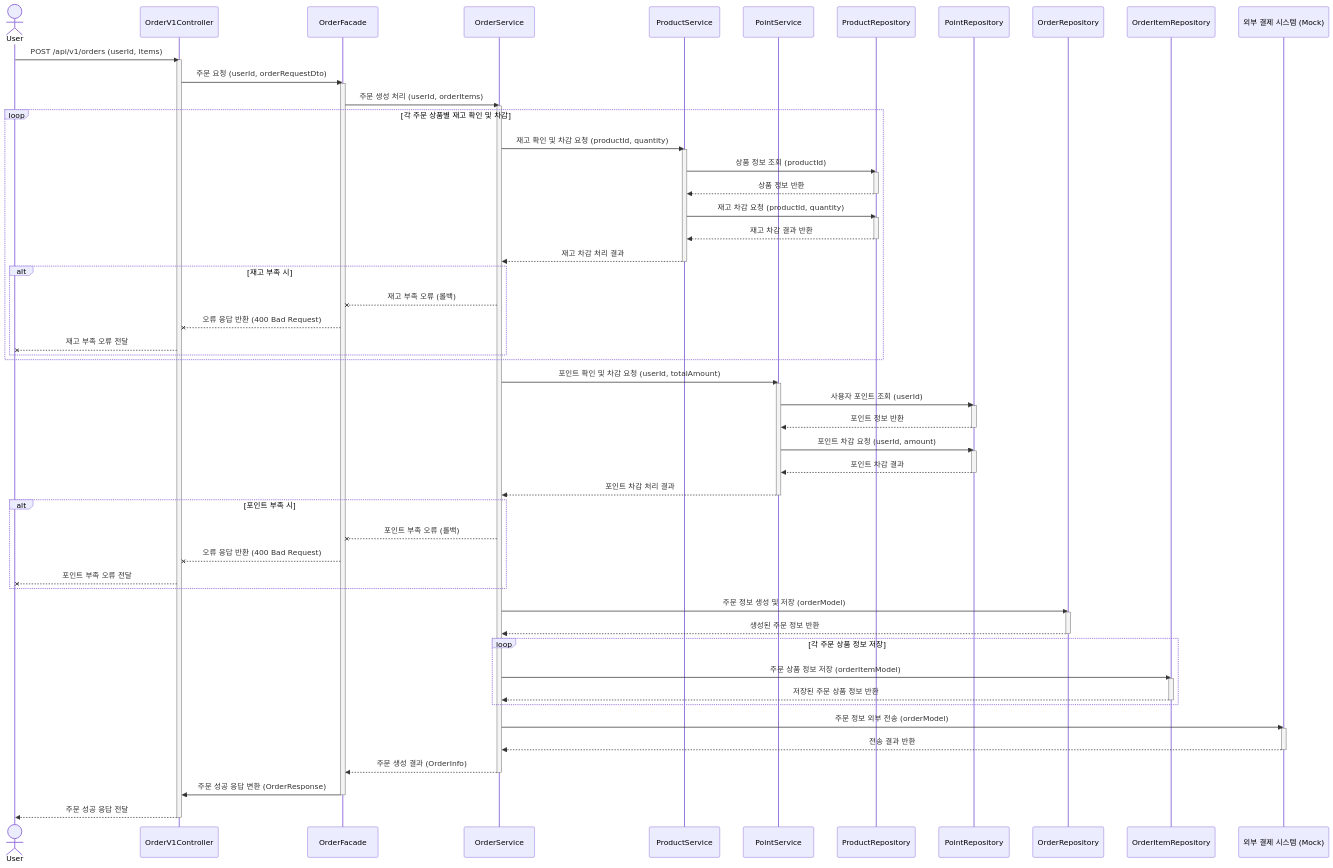
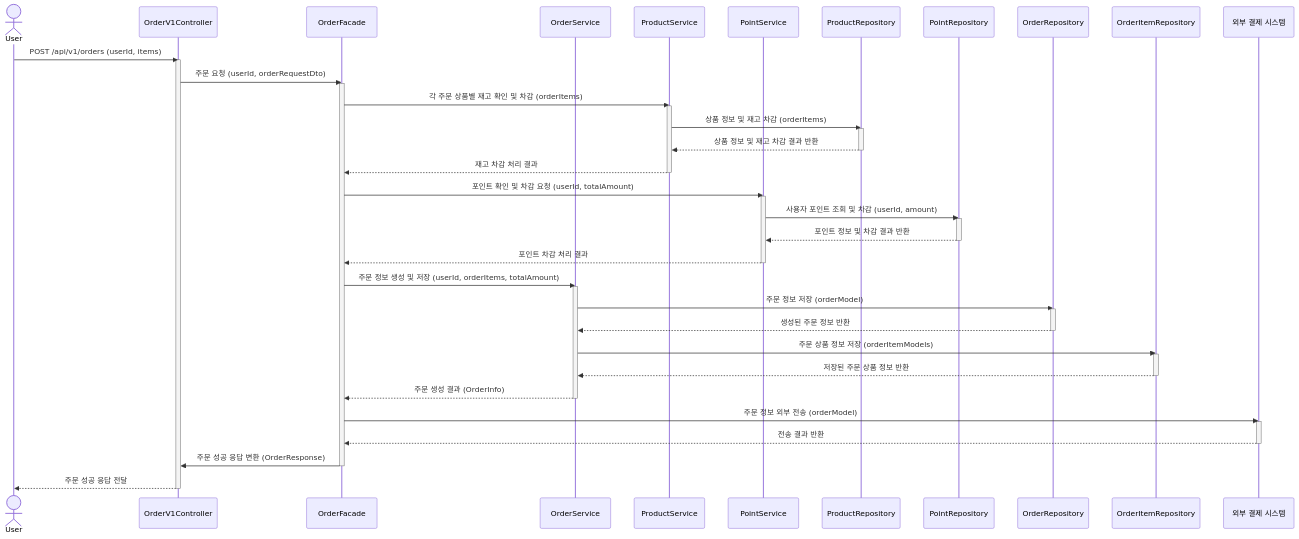
The third of 3 diagrams in docs/design/02-sequence-diagrams.md (maiorem/e-commerce), drawn with Mermaid before and after one commit. The commit also changed other lines of this file, not shown here.

````diff
--- a/docs/design/02-sequence-diagrams.md
+++ b/docs/design/02-sequence-diagrams.md
@@ -131,82 +128,55 @@
 ```mermaid
 sequenceDiagram
     actor User
     participant OrderV1Controller
     participant OrderFacade
     participant OrderService
     participant ProductService
     participant PointService
     participant ProductRepository
     participant PointRepository
     participant OrderRepository
     participant OrderItemRepository
-    participant PG as 외부 결제 시스템 (Mock)
+    participant PG as 외부 결제 시스템
 
     User->>OrderV1Controller: POST /api/v1/orders (userId, items)
     activate OrderV1Controller
     OrderV1Controller->>OrderFacade: 주문 요청 (userId, orderRequestDto)
     activate OrderFacade
-    OrderFacade->>OrderService: 주문 생성 처리 (userId, orderItems)
+    OrderFacade->>ProductService: 각 주문 상품별 재고 확인 및 차감 (orderItems)
+    activate ProductService
+    ProductService->>ProductRepository: 상품 정보 및 재고 차감 (orderItems)
+    activate ProductRepository
+    ProductRepository-->>ProductService: 상품 정보 및 재고 차감 결과 반환
+    deactivate ProductRepository
+    ProductService-->>OrderFacade: 재고 차감 처리 결과
+    deactivate ProductService
+    OrderFacade->>PointService: 포인트 확인 및 차감 요청 (userId, totalAmount)
+    activate PointService
+    PointService->>PointRepository: 사용자 포인트 조회 및 차감 (userId, amount)
+    activate PointRepository
+    PointRepository-->>PointService: 포인트 정보 및 차감 결과 반환
+    deactivate PointRepository
+    PointService-->>OrderFacade: 포인트 차감 처리 결과
+    deactivate PointService
+    OrderFacade->>OrderService: 주문 정보 생성 및 저장 (userId, orderItems, totalAmount)
     activate OrderService
-
-    loop 각 주문 상품별 재고 확인 및 차감
-        OrderService->>ProductService: 재고 확인 및 차감 요청 (productId, quantity)
-        activate ProductService
-        ProductService->>ProductRepository: 상품 정보 조회 (productId)
-        activate ProductRepository
-        ProductRepository-->>ProductService: 상품 정보 반환
-        deactivate ProductRepository
-        ProductService->>ProductRepository: 재고 차감 요청 (productId, quantity)
-        activate ProductRepository
-        ProductRepository-->>ProductService: 재고 차감 결과 반환
-        deactivate ProductRepository
-        ProductService-->>OrderService: 재고 차감 처리 결과
-        deactivate ProductService
-        alt 재고 부족 시
-            OrderService--xOrderFacade: 재고 부족 오류 (롤백)
-            OrderFacade--xOrderV1Controller: 오류 응답 반환 (400 Bad Request)
-            OrderV1Controller--xUser: 재고 부족 오류 전달
-        end
-    end
-
-    OrderService->>PointService: 포인트 확인 및 차감 요청 (userId, totalAmount)
-    activate PointService
-    PointService->>PointRepository: 사용자 포인트 조회 (userId)
-    activate PointRepository
-    PointRepository-->>PointService: 포인트 정보 반환
-    deactivate PointRepository
-    PointService->>PointRepository: 포인트 차감 요청 (userId, amount)
-    activate PointRepository
-    PointRepository-->>PointService: 포인트 차감 결과
-    deactivate PointRepository
-    PointService-->>OrderService: 포인트 차감 처리 결과
-    deactivate PointService
-    alt 포인트 부족 시
-        OrderService--xOrderFacade: 포인트 부족 오류 (롤백)
-        OrderFacade--xOrderV1Controller: 오류 응답 반환 (400 Bad Request)
-        OrderV1Controller--xUser: 포인트 부족 오류 전달
-    end
-
-    OrderService->>OrderRepository: 주문 정보 생성 및 저장 (orderModel)
+    OrderService->>OrderRepository: 주문 정보 저장 (orderModel)
     activate OrderRepository
     OrderRepository-->>OrderService: 생성된 주문 정보 반환
     deactivate OrderRepository
-
-    loop 각 주문 상품 정보 저장
-        OrderService->>OrderItemRepository: 주문 상품 정보 저장 (orderItemModel)
-        activate OrderItemRepository
-        OrderItemRepository-->>OrderService: 저장된 주문 상품 정보 반환
-        deactivate OrderItemRepository
-    end
-
-    OrderService->>PG: 주문 정보 외부 전송 (orderModel)
-    activate PG
-    PG-->>OrderService: 전송 결과 반환
-    deactivate PG
+    OrderService->>OrderItemRepository: 주문 상품 정보 저장 (orderItemModels)
+    activate OrderItemRepository
+    OrderItemRepository-->>OrderService: 저장된 주문 상품 정보 반환
+    deactivate OrderItemRepository
     OrderService-->>OrderFacade: 주문 생성 결과 (OrderInfo)
     deactivate OrderService
+    OrderFacade->>PG: 주문 정보 외부 전송 (orderModel)
+    activate PG
+    PG-->>OrderFacade: 전송 결과 반환
+    deactivate PG
     OrderFacade->>OrderV1Controller: 주문 성공 응답 변환 (OrderResponse)
     deactivate OrderFacade
     OrderV1Controller-->>User: 주문 성공 응답 전달
     deactivate OrderV1Controller
 ```
````
